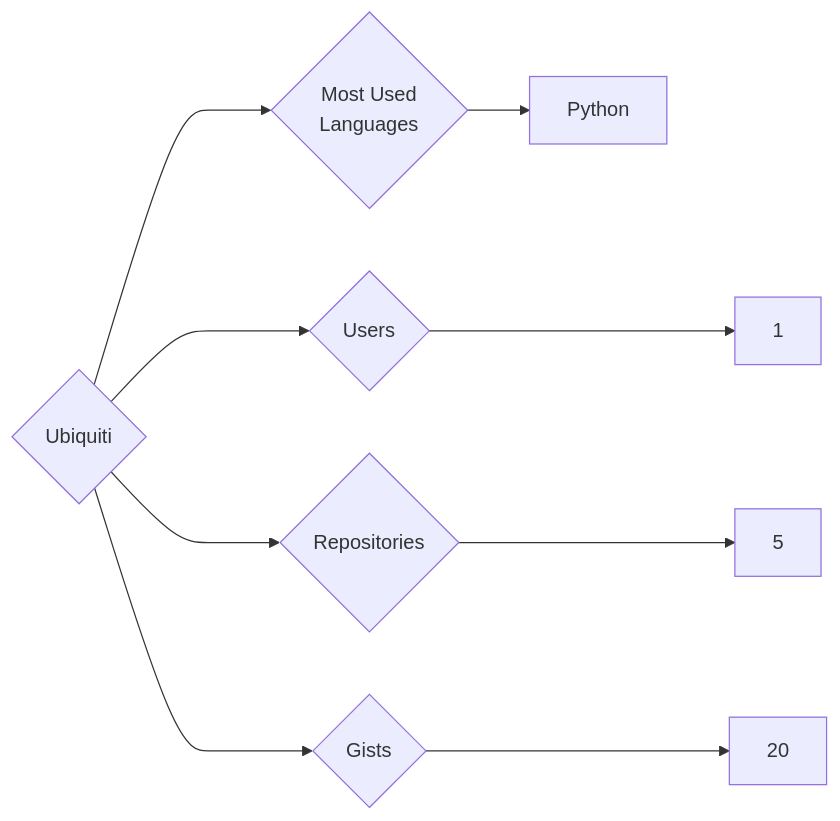
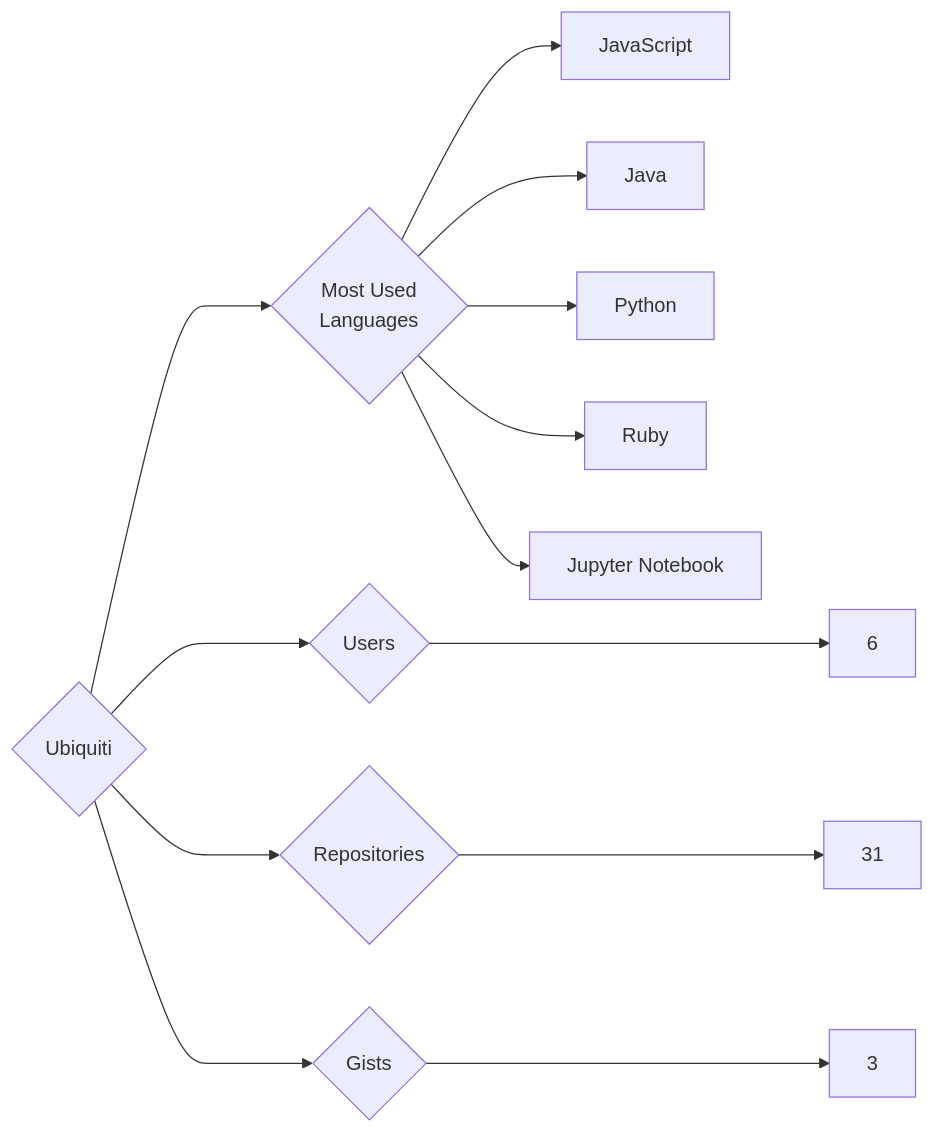
The diagram in targets/Ubiquiti/README.md (trickest/insiders), drawn with Mermaid before and after one commit. The commit also changed 815 other files, not shown here.

````diff
--- a/targets/Ubiquiti/README.md
+++ b/targets/Ubiquiti/README.md
@@ -3,9 +3,13 @@
 ```mermaid
 graph LR
 COMPANY_NAME{Ubiquiti}
-COMPANY_NAME ---> U{Users} ---> UN[1]
-COMPANY_NAME ---> R{Repositories} ---> RN[5]
-COMPANY_NAME ---> G{Gists} ---> GN[20]
+COMPANY_NAME ---> U{Users} ---> UN[6]
+COMPANY_NAME ---> R{Repositories} ---> RN[31]
+COMPANY_NAME ---> G{Gists} ---> GN[3]
 COMPANY_NAME ---> ML{Most Used<br>Languages}
+ML --> JavaScript[JavaScript]
+ML --> Java[Java]
 ML --> Python[Python]
+ML --> Ruby[Ruby]
+ML --> Jupyter_Notebook[Jupyter Notebook]
 ```
````
